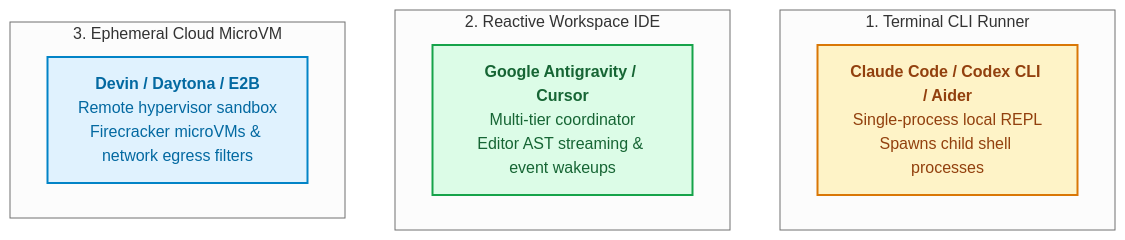
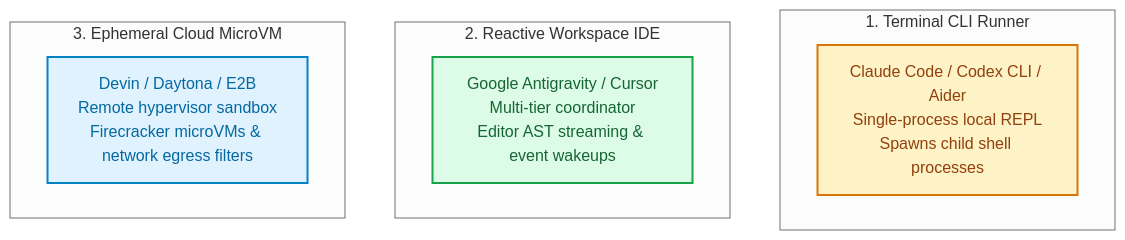
One commit to tharun15/gcloudcafe changed the second of 4 diagrams in content/english/blog/beyond-the-prompt-inside-the-ai-agent-harness.md. Above: the diagram before and after it, drawn with Mermaid (neutral theme). The commit also changed other lines of this file and 1 other file, not shown here.

Commit message:
fix(blog): remove raw b tags from Mermaid diagrams and simplify technical jargon

````diff
--- a/content/english/blog/beyond-the-prompt-inside-the-ai-agent-harness.md
+++ b/content/english/blog/beyond-the-prompt-inside-the-ai-agent-harness.md
@@ -163,18 +163,18 @@
 ```mermaid
 flowchart TD
     classDef cli fill:#FEF3C7,stroke:#D97706,stroke-width:2px,color:#92400E;
     classDef ide fill:#DCFCE7,stroke:#16A34A,stroke-width:2px,color:#166534;
     classDef cloud fill:#E0F2FE,stroke:#0284C7,stroke-width:2px,color:#0369A1;
 
     subgraph Archetype1 ["1. Terminal CLI Runner"]
-        A1["<b>Claude Code / Codex CLI / Aider</b><br/>Single-process local REPL<br/>Spawns child shell processes"]:::cli
+        A1["Claude Code / Codex CLI / Aider<br/>Single-process local REPL<br/>Spawns child shell processes"]:::cli
     end
 
     subgraph Archetype2 ["2. Reactive Workspace IDE"]
-        A2["<b>Google Antigravity / Cursor</b><br/>Multi-tier coordinator<br/>Editor AST streaming & event wakeups"]:::ide
+        A2["Google Antigravity / Cursor<br/>Multi-tier coordinator<br/>Editor AST streaming & event wakeups"]:::ide
     end
 
     subgraph Archetype3 ["3. Ephemeral Cloud MicroVM"]
-        A3["<b>Devin / Daytona / E2B</b><br/>Remote hypervisor sandbox<br/>Firecracker microVMs & network egress filters"]:::cloud
+        A3["Devin / Daytona / E2B<br/>Remote hypervisor sandbox<br/>Firecracker microVMs & network egress filters"]:::cloud
     end
 ```
````
